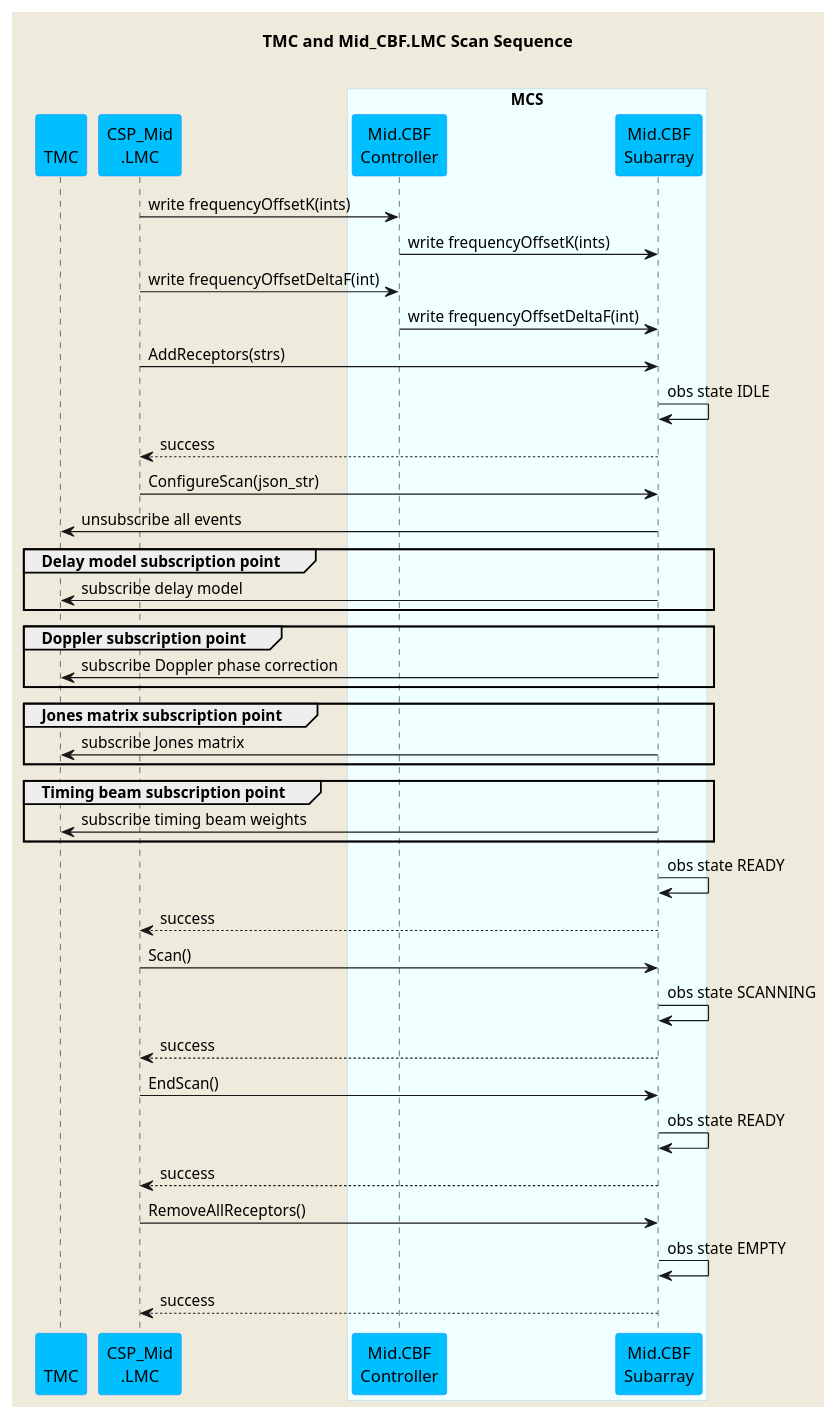
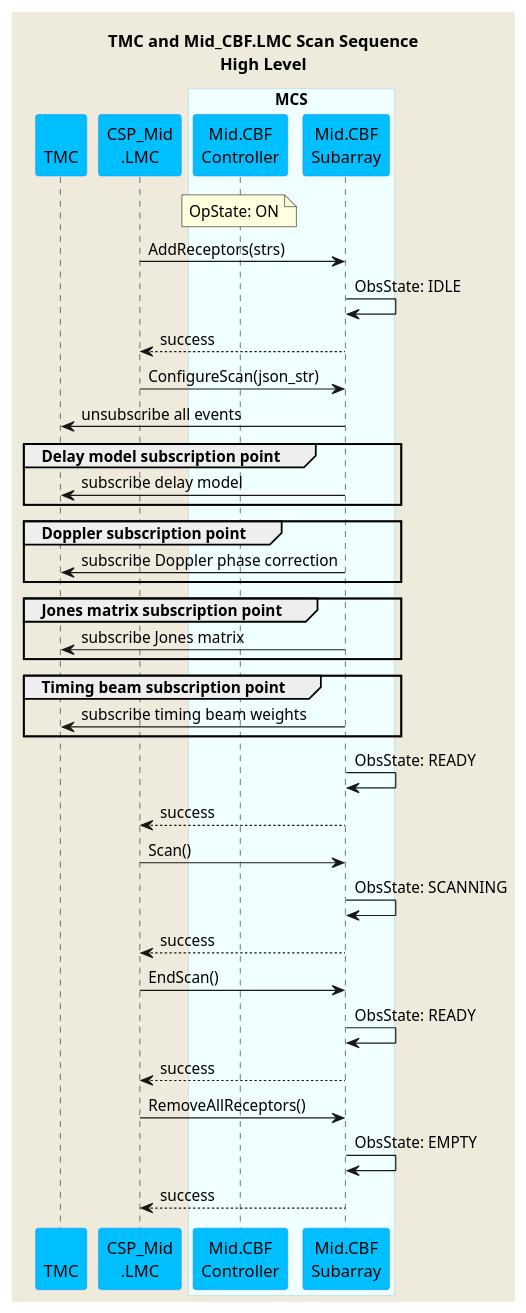
The diagram in docs/src/diagrams/mid-cbf-scan-ops.puml (ska-telescope/mid-cbf-mcs), drawn with PlantUML before and after one commit. The commit also changed 6 other files, not shown here.

Commit message:
CIP-1759 Add InitSysParam sequence diagram

```diff
--- a/docs/src/diagrams/mid-cbf-scan-ops.puml
+++ b/docs/src/diagrams/mid-cbf-scan-ops.puml
@@ -1,65 +1,62 @@
 @startuml
 'https://plantuml.com/sequence-diagram
 
 skinparam backgroundColor #EEEBDC
 skinparam sequence {
 ParticipantBorderColor DodgerBlue
 ParticipantBackgroundColor DeepSkyBlue
 ActorBorderColor DarkGreen
 ActorBackgroundColor Green
 BoxBorderColor LightBlue
 BoxBackgroundColor #F0FFFF
 }
 
-title TMC and Mid_CBF.LMC Scan Sequence\n
+title TMC and Mid_CBF.LMC Scan Sequence\nHigh Level
 
 participant "\nTMC" as tmc
 participant "CSP_Mid\n.LMC" as lmc
 
 box "MCS"
 participant "Mid.CBF\nController" as controller
 participant "Mid.CBF\nSubarray" as subarray
 end box
 
-lmc         -> controller   : write frequencyOffsetK(ints)
-controller  -> subarray     : write frequencyOffsetK(ints)
-lmc         -> controller   : write frequencyOffsetDeltaF(int)
-controller  -> subarray     : write frequencyOffsetDeltaF(int)
+note over controller        : OpState: ON
 lmc         -> subarray     : AddReceptors(strs)
-subarray    -> subarray     : obs state IDLE
+subarray    -> subarray     : ObsState: IDLE
 subarray   --> lmc          : success
 lmc         -> subarray     : ConfigureScan(json_str)
 subarray    -> tmc          : unsubscribe all events
 
 group Delay model subscription point
 subarray    -> tmc          : subscribe delay model
 end group
 
 group Doppler subscription point
 subarray    -> tmc          : subscribe Doppler phase correction
 end group
 
 group Jones matrix subscription point
 subarray    -> tmc          : subscribe Jones matrix
 end group
 
 group Timing beam subscription point
 subarray    -> tmc          : subscribe timing beam weights
 end group
 
-subarray    -> subarray     : obs state READY
+subarray    -> subarray     : ObsState: READY
 subarray   --> lmc          : success
 
 lmc         -> subarray     : Scan()
-subarray    -> subarray     : obs state SCANNING
+subarray    -> subarray     : ObsState: SCANNING
 subarray   --> lmc          : success
 
 lmc         -> subarray     : EndScan()
-subarray    -> subarray     : obs state READY
+subarray    -> subarray     : ObsState: READY
 subarray   --> lmc          : success
 
 lmc         -> subarray     : RemoveAllReceptors()
-subarray    -> subarray     : obs state EMPTY
+subarray    -> subarray     : ObsState: EMPTY
 subarray   --> lmc          : success
 
 @enduml
```
